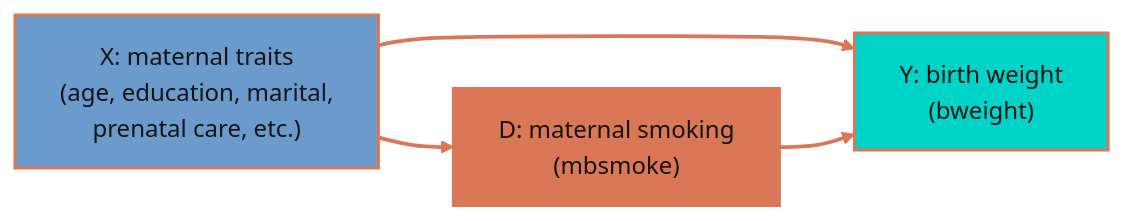
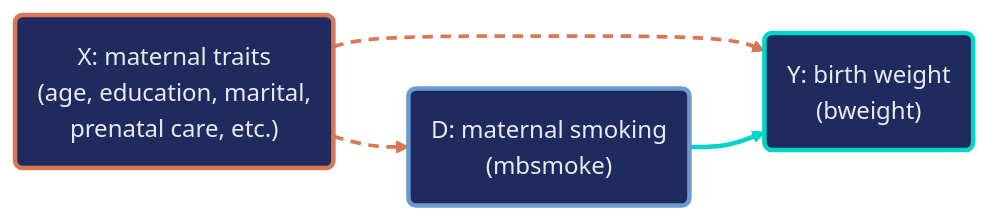
The first of 4 diagrams in content/post/stata_matching/index.md (cmg777/starter-academic-v501), drawn with Mermaid (forest theme) before and after one commit. The commit also changed other lines of this file and 13 other files, not shown here.

First line of the commit message:
content(mermaid): restyle flowcharts in Stata posts, batch 1 of 2

````diff
--- a/content/post/stata_matching/index.md
+++ b/content/post/stata_matching/index.md
@@ -248,10 +248,14 @@
 ```mermaid
 flowchart LR
-    X["X: maternal traits<br/>(age, education, marital,<br/>prenatal care, etc.)"] --> D["D: maternal smoking<br/>(mbsmoke)"]
-    X --> Y["Y: birth weight<br/>(bweight)"]
+    X("X: maternal traits<br/>(age, education, marital,<br/>prenatal care, etc.)") --> D("D: maternal smoking<br/>(mbsmoke)")
+    X --> Y("Y: birth weight<br/>(bweight)")
     D --> Y
-    style X fill:#6a9bcc,stroke:#d97757,stroke-width:2px,color:#141413
-    style D fill:#d97757,stroke:#d97757,stroke-width:2px,color:#141413
-    style Y fill:#00d4c8,stroke:#d97757,stroke-width:2px,color:#141413
-    linkStyle 0,1,2 stroke:#d97757,stroke-width:2.5px
+    classDef blue fill:#1f2b5e,stroke:#6a9bcc,stroke-width:3px,color:#e8ecf2
+    classDef orange fill:#1f2b5e,stroke:#d97757,stroke-width:3px,color:#e8ecf2
+    classDef teal fill:#1f2b5e,stroke:#00d4c8,stroke-width:3px,color:#e8ecf2
+    class X orange
+    class D blue
+    class Y teal
+    linkStyle 0,1 stroke:#d97757,stroke-width:2.5px,stroke-dasharray:7 5
+    linkStyle 2 stroke:#00d4c8,stroke-width:3px
 ```
````
